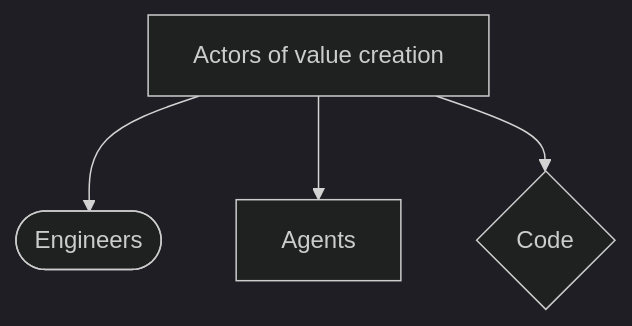
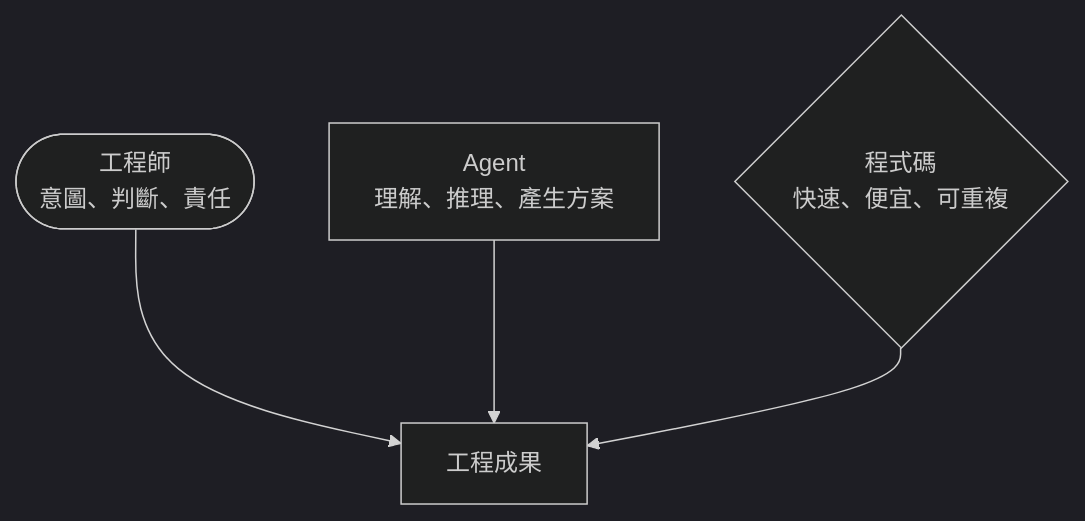
Before and after one commit to shaun-agent/agentic-coding-development-toolkit: the second of 11 diagrams in README.md, drawn with Mermaid (dark theme). The commit also changed other lines of this file and 1 other file, not shown here.

````diff
--- a/README.md
+++ b/README.md
@@ -68,11 +37,11 @@
 ```mermaid
 flowchart TB
-    s01_concept["Actors of value creation"]
-    s01_engineer_human(["Engineers"])
-    s01_agents_agent["Agents"]
-    s01_code_code{"Code"}
+    work["工程成果"]
+    engineer(["工程師<br/>意圖、判斷、責任"])
+    agent["Agent<br/>理解、推理、產生方案"]
+    code{"程式碼<br/>快速、便宜、可重複"}
 
-    s01_concept --> s01_engineer_human
-    s01_concept --> s01_agents_agent
-    s01_concept --> s01_code_code
+    engineer --> work
+    agent --> work
+    code --> work
 ```
````
